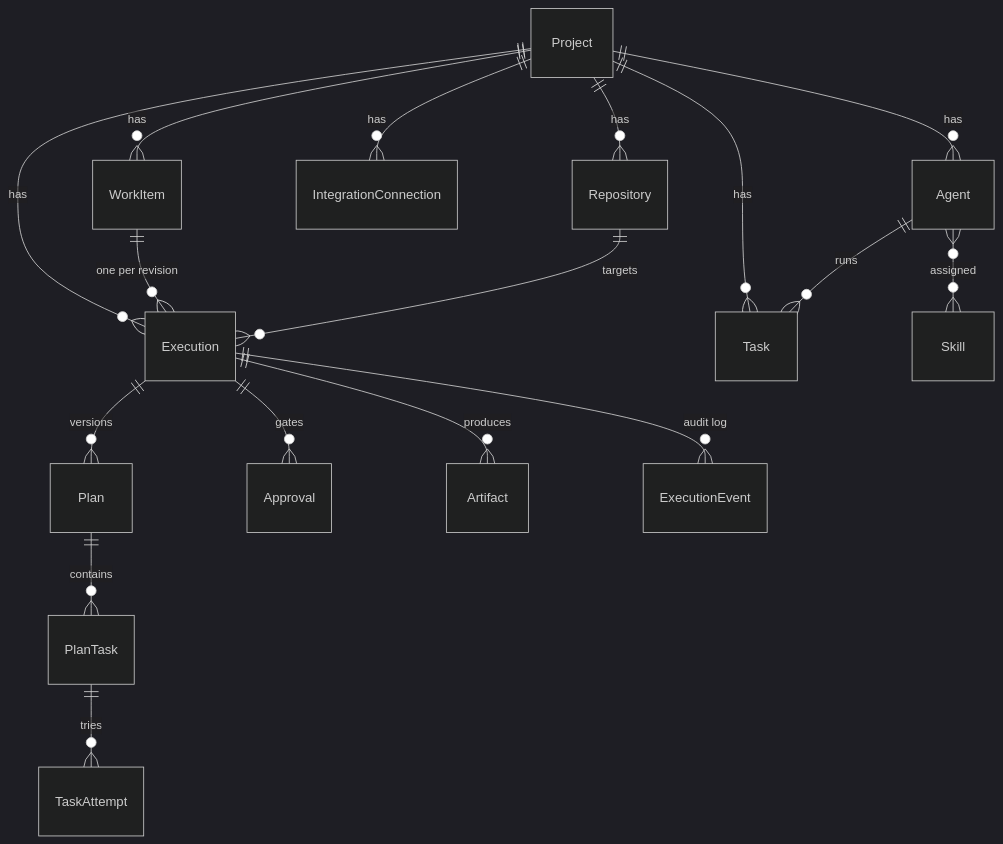
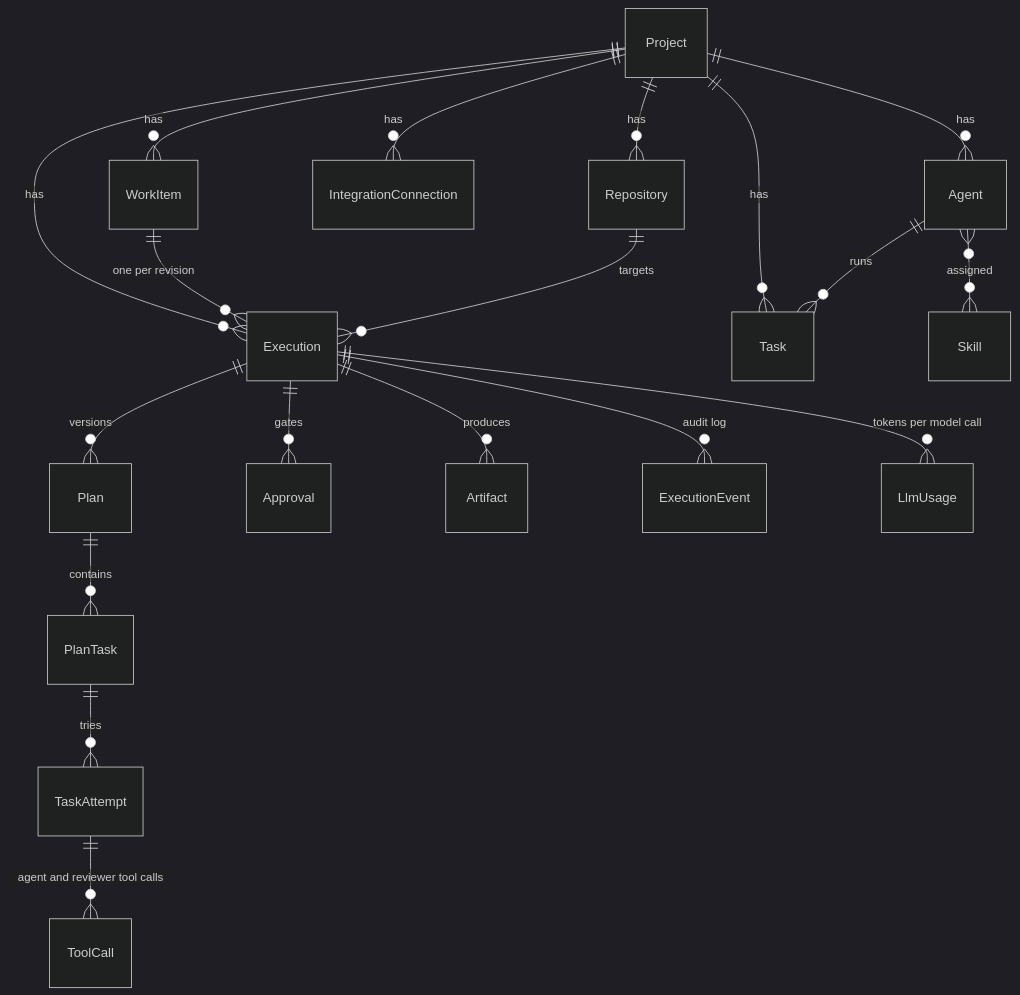
The seventh of 7 diagrams in README.md (zack10/agent-orchestration-app-backend), drawn with Mermaid (dark theme) before and after one commit. The commit also changed other lines of this file, not shown here.

First line of the commit message:
docs(readme): bring the diagrams and text up to date with the branch

````diff
--- a/README.md
+++ b/README.md
@@ -310,19 +343,21 @@
 ```mermaid
 erDiagram
     Project ||--o{ Agent : has
     Project ||--o{ Repository : has
     Project ||--o{ IntegrationConnection : has
     Project ||--o{ WorkItem : has
     Project ||--o{ Execution : has
     Project ||--o{ Task : has
     Agent ||--o{ Task : runs
     Agent }o--o{ Skill : assigned
     WorkItem ||--o{ Execution : "one per revision"
     Repository ||--o{ Execution : targets
     Execution ||--o{ Plan : versions
     Plan ||--o{ PlanTask : contains
     PlanTask ||--o{ TaskAttempt : tries
+    TaskAttempt ||--o{ ToolCall : "agent and reviewer tool calls"
     Execution ||--o{ Approval : gates
     Execution ||--o{ Artifact : produces
     Execution ||--o{ ExecutionEvent : "audit log"
+    Execution ||--o{ LlmUsage : "tokens per model call"
 ```
````
